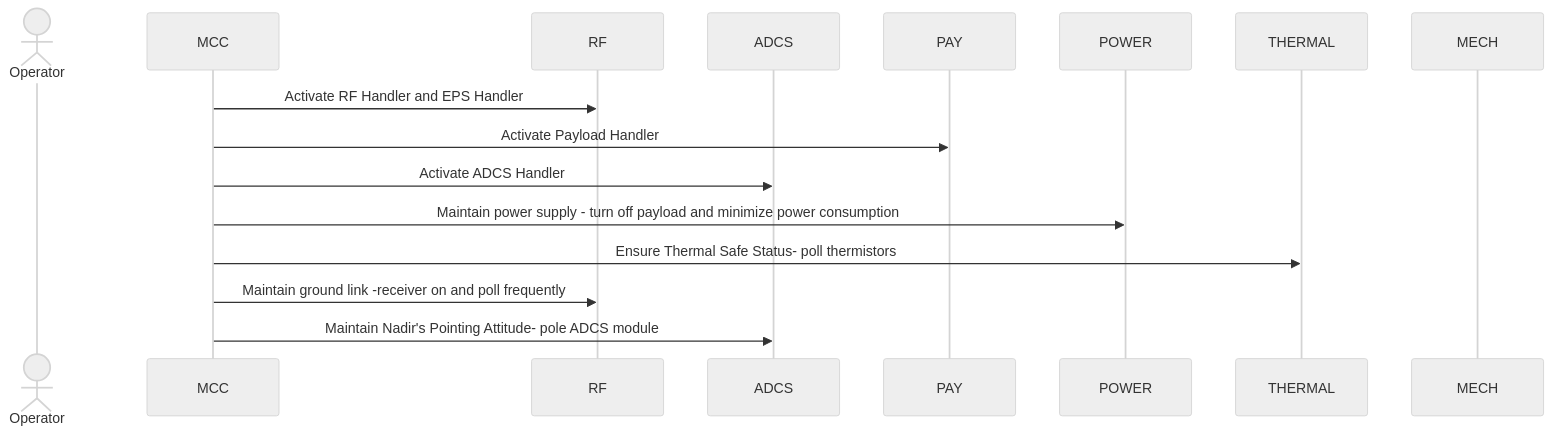
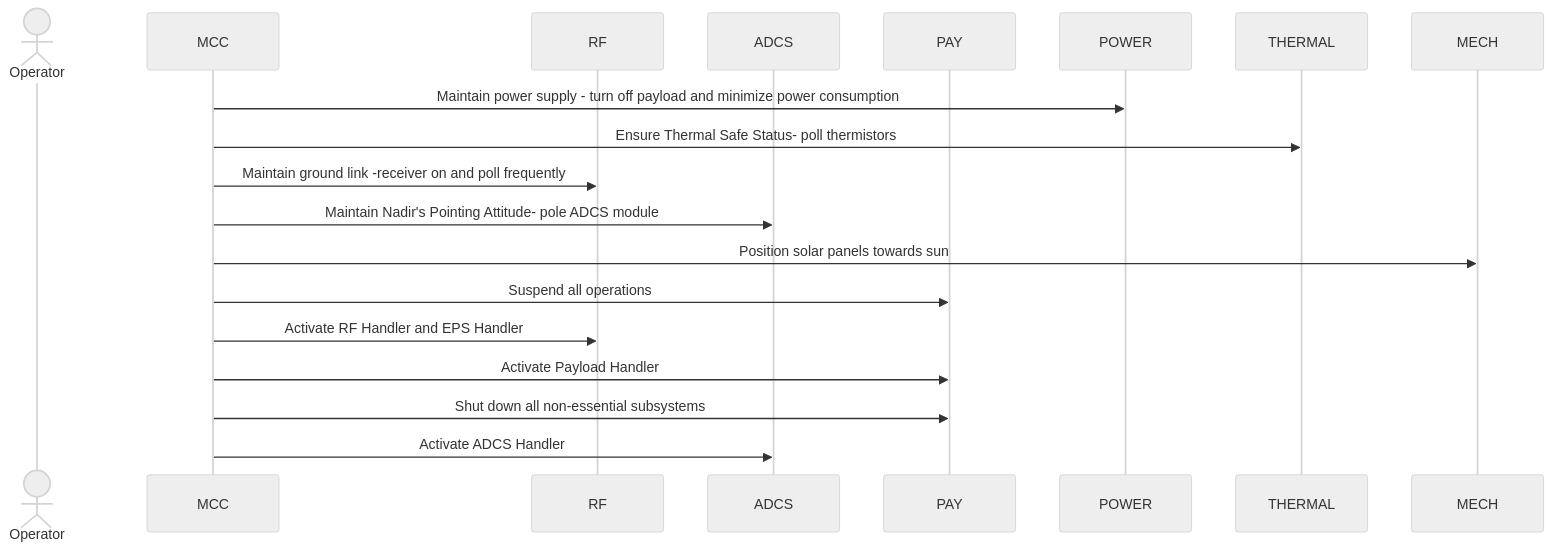
The diagram in command sequences/safety-command-sequence.md (utat-ss/FINCH-sequence-diagrams), drawn with Mermaid (neutral theme) before and after one commit.

````diff
--- a/command sequences/safety-command-sequence.md
+++ b/command sequences/safety-command-sequence.md
@@ -2,19 +2,23 @@
 ```mermaid
 sequenceDiagram
     Actor Operator
     participant MCC
     participant RF
     participant ADCS
     participant PAY
     participant POWER
     participant THERMAL
     participant MECH
-    MCC ->> RF: Activate RF Handler and EPS Handler 
-    MCC ->> PAY: Activate Payload Handler
-    MCC ->> ADCS: Activate ADCS Handler
     MCC ->> POWER: Maintain power supply - turn off payload and minimize power consumption 
     MCC ->> THERMAL: Ensure Thermal Safe Status- poll thermistors
     MCC ->> RF: Maintain ground link -receiver on and poll frequently
     MCC ->> ADCS: Maintain Nadir's Pointing Attitude- pole ADCS module
+    MCC ->> MECH: Position solar panels towards sun 
+    MCC ->> PAY: Suspend all operations 
+    MCC ->> RF: Activate RF Handler and EPS Handler 
+    MCC ->> PAY: Activate Payload Handler
+    MCC ->> PAY: Shut down all non-essential subsystems
+    MCC ->> ADCS: Activate ADCS Handler
+
     
 ```
````
